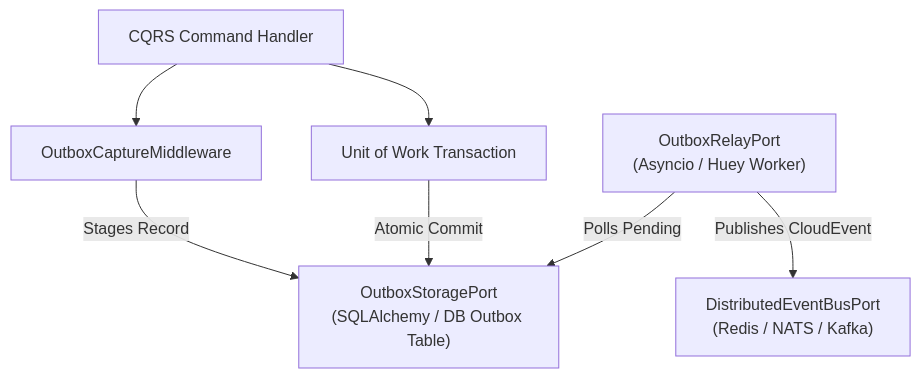
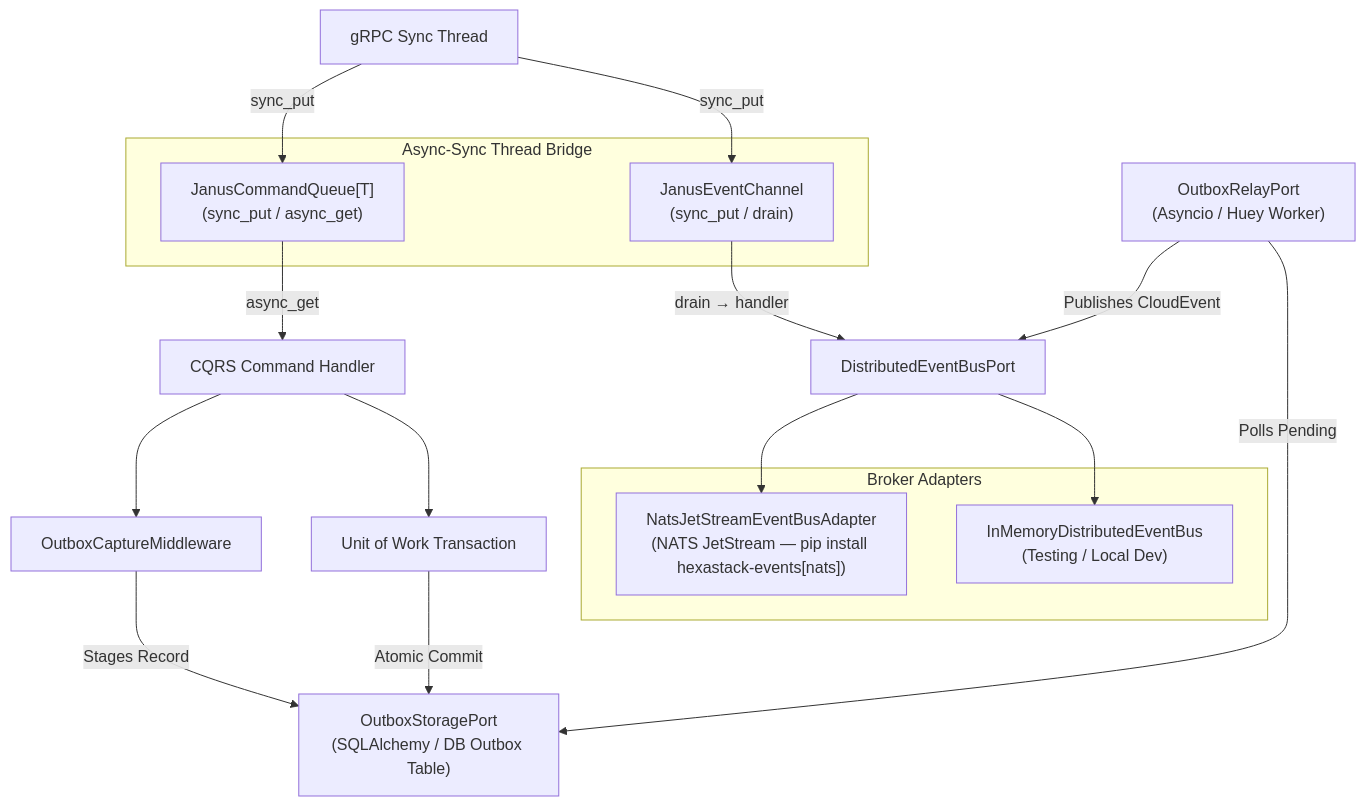
Before and after one commit to TheTrueSCU/hexastack: the first of 2 diagrams in packages/hexastack_events/README.md, drawn with Mermaid. The commit also changed other lines of this file and 10 other files, not shown here.

First line of the commit message:
feat(events): NATS JetStream event bus adapter & janus async-sync bridge (Issue #25) (#50)

````diff
--- a/packages/hexastack_events/README.md
+++ b/packages/hexastack_events/README.md
@@ -28,16 +29,33 @@
 ```mermaid
 graph TD
     CMD["CQRS Command Handler"]
     UOW["Unit of Work Transaction"]
     OUTBOX_MW["OutboxCaptureMiddleware"]
     OUTBOX_STORE["OutboxStoragePort\n(SQLAlchemy / DB Outbox Table)"]
     RELAY["OutboxRelayPort\n(Asyncio / Huey Worker)"]
-    BUS["DistributedEventBusPort\n(Redis / NATS / Kafka)"]
+    BUS["DistributedEventBusPort"]
+
+    subgraph Brokers["Broker Adapters"]
+        INMEM["InMemoryDistributedEventBus\n(Testing / Local Dev)"]
+        NATS["NatsJetStreamEventBusAdapter\n(NATS JetStream — pip install hexastack-events[nats])"]
+    end
+
+    subgraph ThreadBridge["Async-Sync Thread Bridge"]
+        JANUS_EV["JanusEventChannel\n(sync_put / drain)"]
+        JANUS_CMD["JanusCommandQueue[T]\n(sync_put / async_get)"]
+    end
 
     CMD --> UOW
     CMD --> OUTBOX_MW
     OUTBOX_MW -->|Stages Record| OUTBOX_STORE
     UOW -->|Atomic Commit| OUTBOX_STORE
     RELAY -->|Polls Pending| OUTBOX_STORE
     RELAY -->|Publishes CloudEvent| BUS
+    BUS --> INMEM
+    BUS --> NATS
+
+    GRPC["gRPC Sync Thread"] -->|sync_put| JANUS_EV
+    JANUS_EV -->|drain → handler| BUS
+    GRPC -->|sync_put| JANUS_CMD
+    JANUS_CMD -->|async_get| CMD
 ```
````
